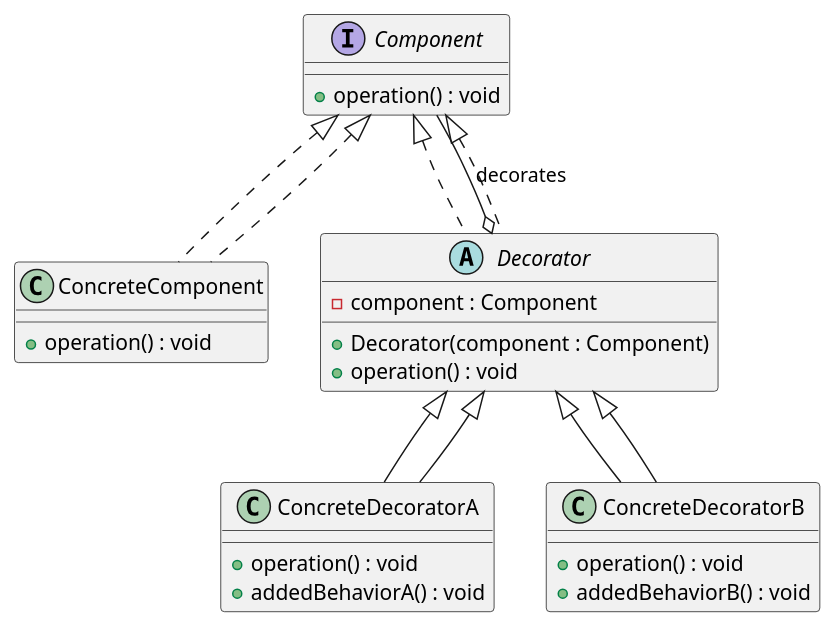
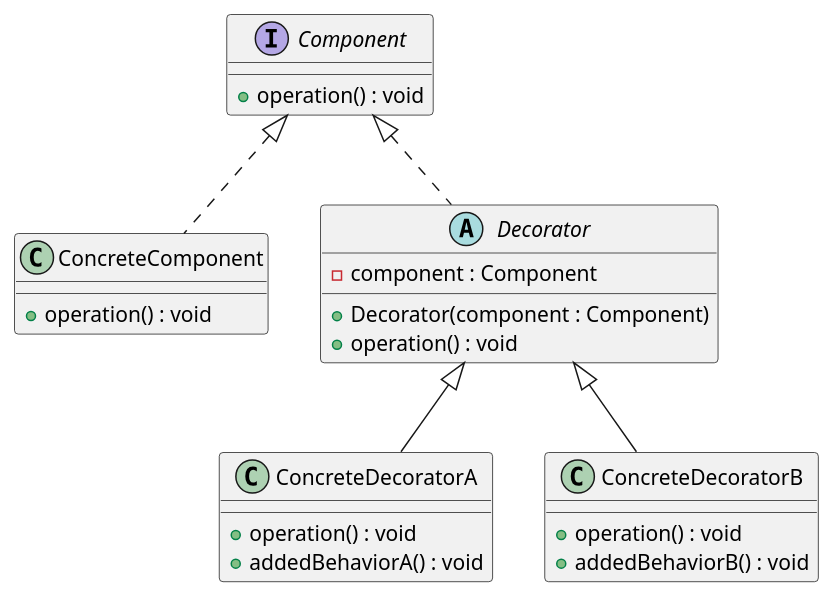
Before and after one commit to Gabriel-SoftwareAG/DesignPatterns: the diagram in Patterns/Manuscript/manuscript/plantUml/decorator_class_diagram.plantuml, drawn with PlantUML. The commit also changed 24 other files, not shown here.

Commit message:
fix class diagrams

```diff
--- a/Patterns/Manuscript/manuscript/plantUml/decorator_class_diagram.plantuml
+++ b/Patterns/Manuscript/manuscript/plantUml/decorator_class_diagram.plantuml
@@ -1,38 +1,31 @@
 @startuml DecoratorPatternClassDiagram
 
 ' Define the Component interface
 interface Component {
   +operation() : void
 }
 
 ' Define the ConcreteComponent class
 class ConcreteComponent implements Component {
   +operation() : void
 }
 
 ' Define the Decorator abstract class
 abstract class Decorator implements Component {
   -component : Component
   +Decorator(component : Component)
   +operation() : void
 }
 
 ' Define Concrete Decorators
 class ConcreteDecoratorA extends Decorator {
   +operation() : void
   +addedBehaviorA() : void
 }
 
 class ConcreteDecoratorB extends Decorator {
   +operation() : void
   +addedBehaviorB() : void
 }
 
-' Relationships
-Component <|.. ConcreteComponent
-Component <|.. Decorator
-Decorator o-- Component : decorates
-Decorator <|-- ConcreteDecoratorA
-Decorator <|-- ConcreteDecoratorB
-
 @enduml
```
